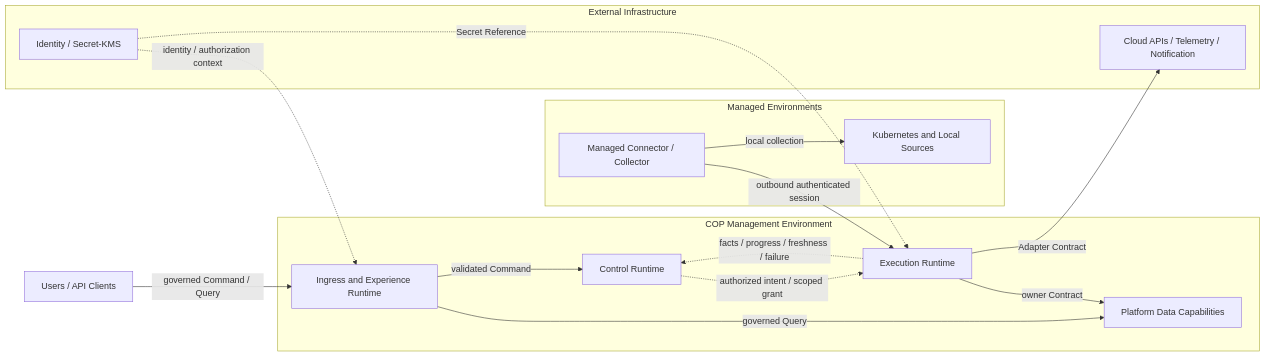
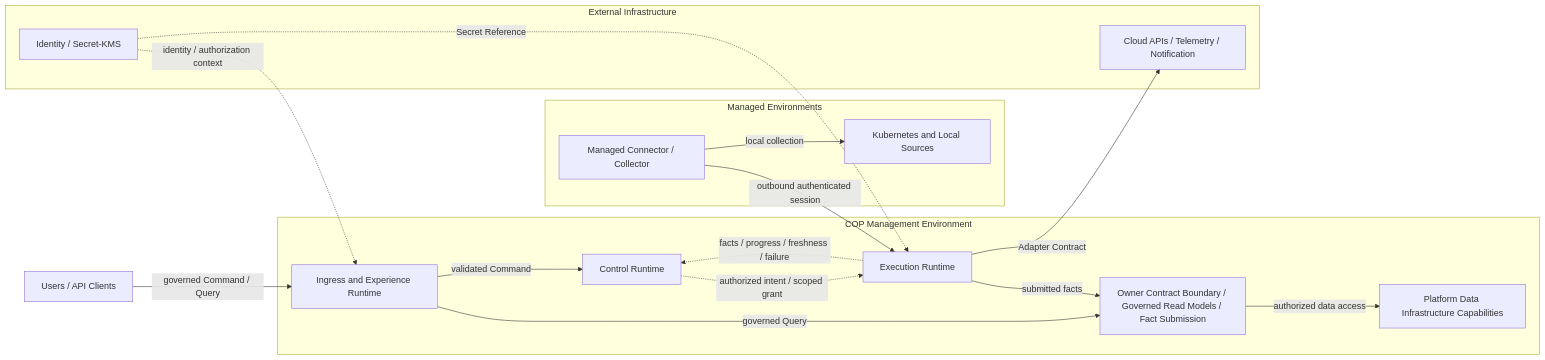
Before and after one commit to Sakuya1998/cop-architecture: the diagram in docs/infrastructure/infrastructure-overview.md, drawn with Mermaid. The commit also changed other lines of this file, not shown here.

Commit message:
docs: clarify infrastructure execution boundaries

````diff
--- a/docs/infrastructure/infrastructure-overview.md
+++ b/docs/infrastructure/infrastructure-overview.md
@@ -174,33 +178,35 @@
 ```mermaid
 flowchart LR
   USERS["Users / API Clients"]
 
   subgraph MGMT["COP Management Environment"]
     INGRESS["Ingress and Experience Runtime"]
     CONTROL["Control Runtime"]
     EXEC["Execution Runtime"]
-    DATA["Platform Data Capabilities"]
+    OWNER["Owner Contract Boundary / Governed Read Models / Fact Submission"]
+    DATA["Platform Data Infrastructure Capabilities"]
   end
 
   subgraph MANAGED["Managed Environments"]
     CONNECTOR["Managed Connector / Collector"]
     LOCAL["Kubernetes and Local Sources"]
   end
 
   subgraph EXTERNAL["External Infrastructure"]
     EXT["Cloud APIs / Telemetry / Notification"]
     IAM["Identity / Secret-KMS"]
   end
 
   USERS -->|"governed Command / Query"| INGRESS
   INGRESS -->|"validated Command"| CONTROL
-  INGRESS -->|"governed Query"| DATA
+  INGRESS -->|"governed Query"| OWNER
   CONTROL -.->|"authorized intent / scoped grant"| EXEC
   EXEC -.->|"facts / progress / freshness / failure"| CONTROL
-  EXEC -->|"owner Contract"| DATA
+  EXEC -->|"submitted facts"| OWNER
+  OWNER -->|"authorized data access"| DATA
   CONNECTOR -->|"outbound authenticated session"| EXEC
   CONNECTOR -->|"local collection"| LOCAL
   EXEC -->|"Adapter Contract"| EXT
   IAM -.->|"identity / authorization context"| INGRESS
   IAM -.->|"Secret Reference"| EXEC
 ```
````
